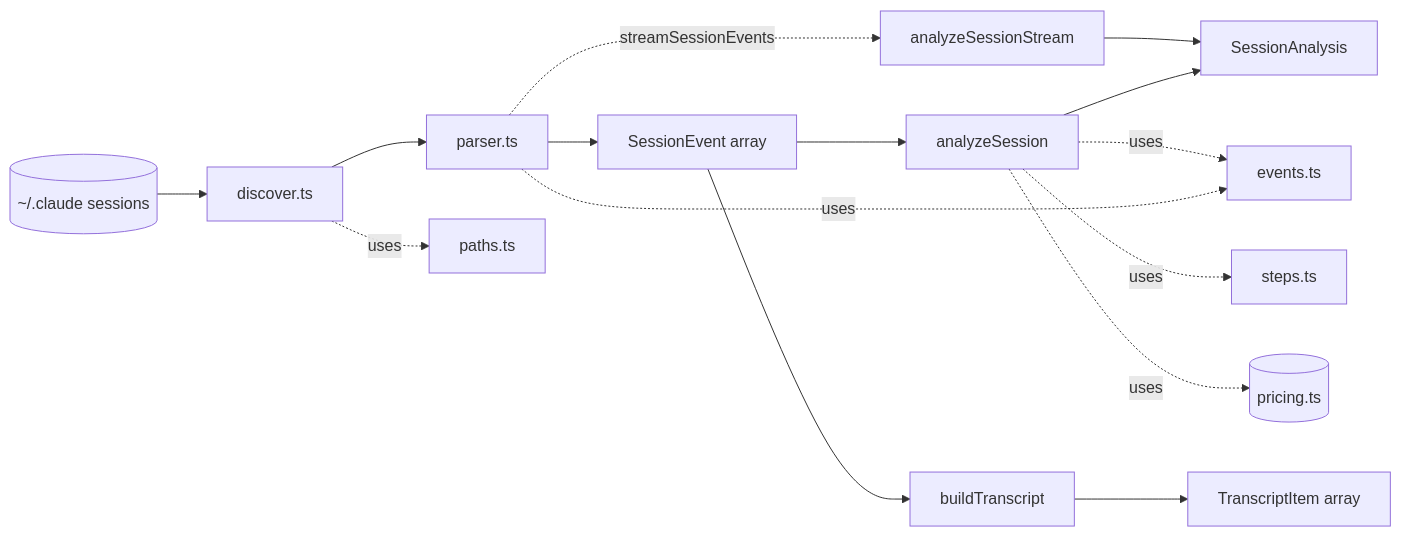
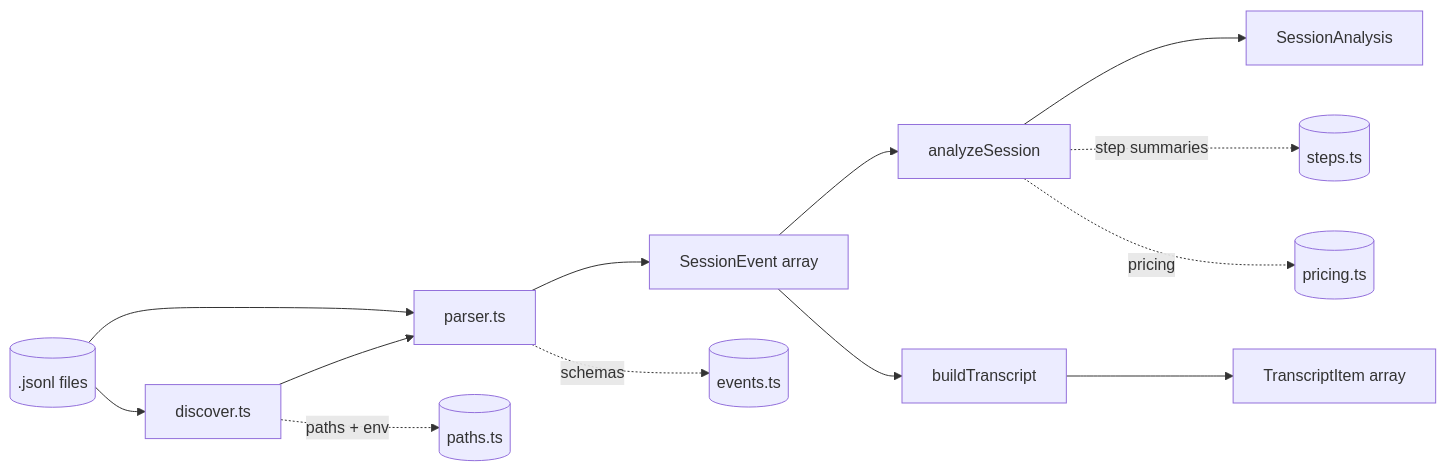
The first of 2 diagrams in wiki/2-core-analysis-engine.md (yorch/cc-analyzer), drawn with Mermaid before and after one commit. The commit also changed other lines of this file and 15 other files, not shown here.

First line of the commit message:
docs(wiki): reconcile with #42 (schema v8, chart/analytics changes)

````diff
--- a/wiki/2-core-analysis-engine.md
+++ b/wiki/2-core-analysis-engine.md
@@ -23,18 +23,16 @@
 ```mermaid
 flowchart LR
-    Disk[(~/.claude sessions)] --> discover[discover.ts]
-    discover --> parser[parser.ts]
-    parser --> Events[SessionEvent array]
-    Events --> analyze[analyzeSession]
-    parser -. streamSessionEvents .-> stream[analyzeSessionStream]
-    stream --> Analysis[SessionAnalysis]
-    analyze --> Analysis
-    Events --> transcript[buildTranscript]
-    transcript --> Items[TranscriptItem array]
+    Files[(.jsonl files)] --> Discover[discover.ts]
+    Discover --> Parser[parser.ts]
+    Files --> Parser
+    Parser --> Events[SessionEvent array]
+    Events --> Analyze[analyzeSession]
+    Events --> Transcript[buildTranscript]
+    Analyze --> Analysis[SessionAnalysis]
+    Transcript --> Items[TranscriptItem array]
 
-    analyze -.uses.-> events[events.ts]
-    analyze -.uses.-> steps[steps.ts]
-    analyze -.uses.-> pricing[(pricing.ts)]
-    parser -.uses.-> events
-    discover -.uses.-> paths[paths.ts]
+    Parser -.schemas.-> Schemas[(events.ts)]
+    Analyze -.step summaries.-> Steps[(steps.ts)]
+    Analyze -.pricing.-> Pricing[(pricing.ts)]
+    Discover -.paths + env.-> Paths[(paths.ts)]
 ```
````
